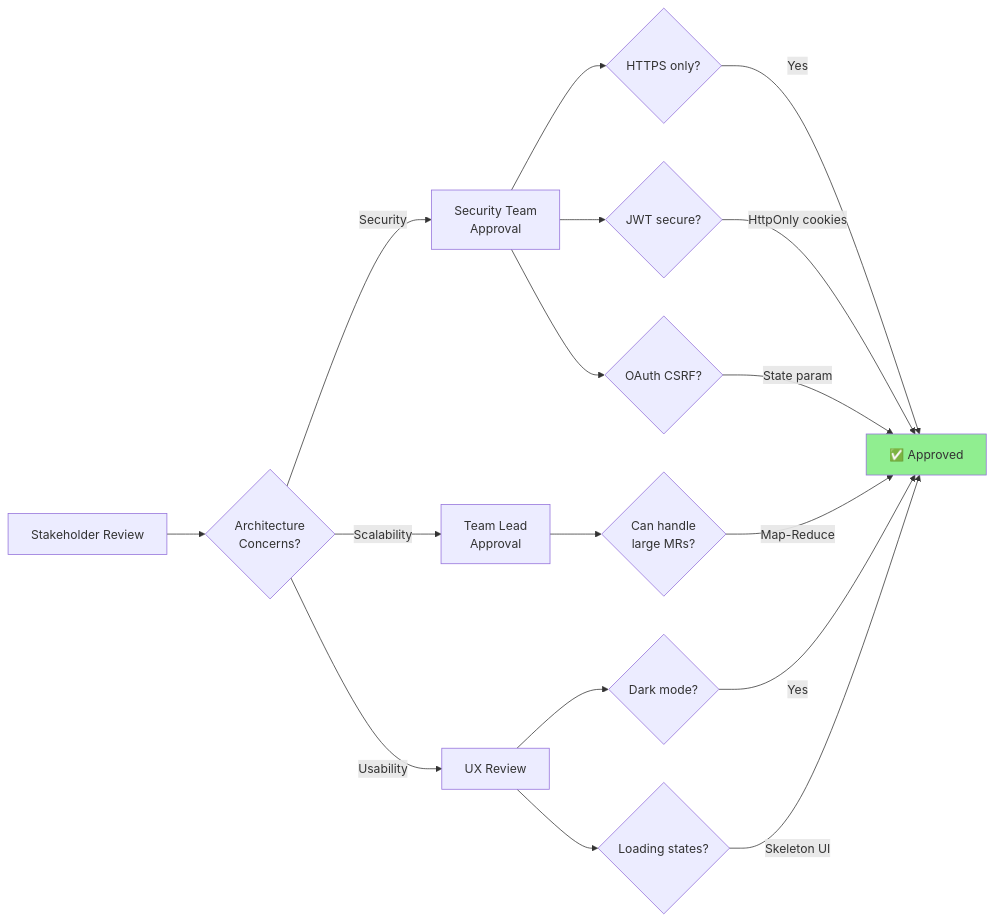
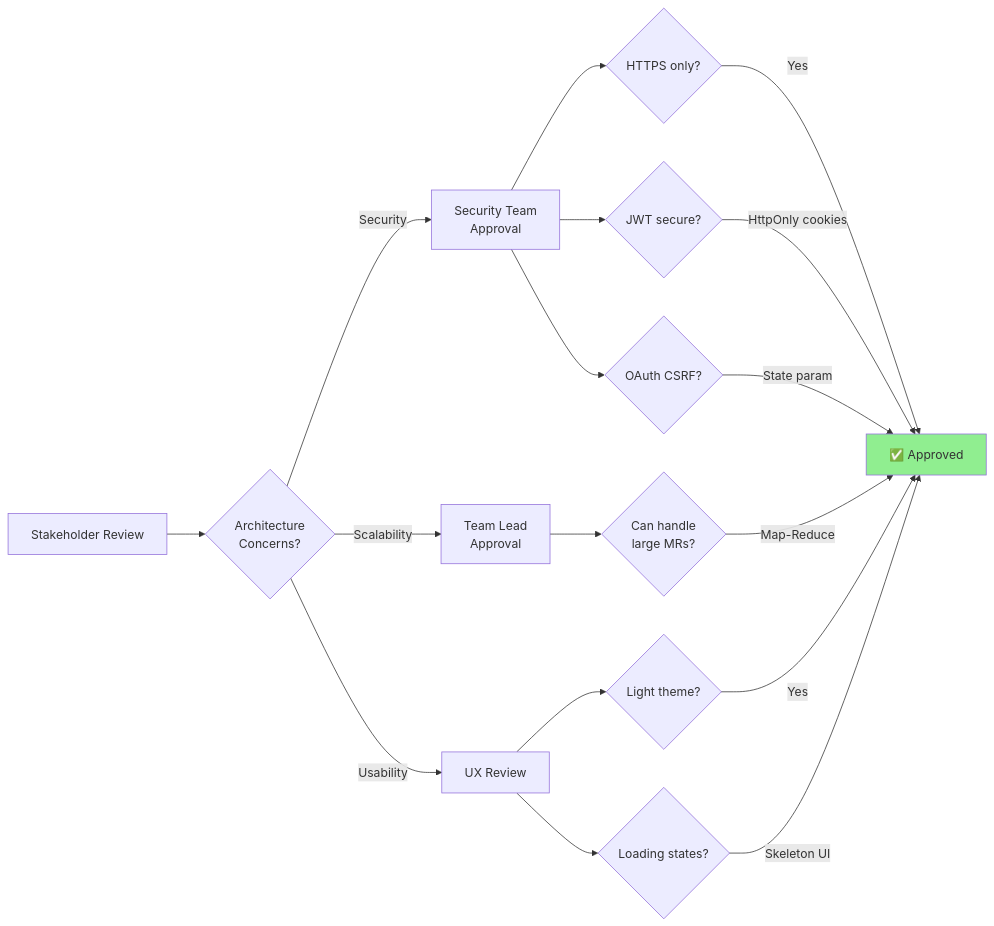
The third of 5 diagrams in STAKEHOLDER_VALIDATION.md (spken/delta), drawn with Mermaid before and after one commit. The commit also changed 6 other files, not shown here.

First line of the commit message:
docs: Update all documentation to reflect light theme refactor

````diff
--- a/STAKEHOLDER_VALIDATION.md
+++ b/STAKEHOLDER_VALIDATION.md
@@ -195,25 +195,25 @@
 ```mermaid
 graph LR
     A[Stakeholder Review] --> B{Architecture<br/>Concerns?}
     B -->|Security| C[Security Team<br/>Approval]
     B -->|Scalability| D[Team Lead<br/>Approval]
     B -->|Usability| E[UX Review]
 
     C --> F{HTTPS only?}
     C --> G{JWT secure?}
     C --> H{OAuth CSRF?}
 
     F -->|Yes| I[✅ Approved]
     G -->|HttpOnly cookies| I
     H -->|State param| I
 
     D --> J{Can handle<br/>large MRs?}
     J -->|Map-Reduce| I
 
-    E --> K{Dark mode?}
+    E --> K{Light theme?}
     E --> L{Loading states?}
     K -->|Yes| I
     L -->|Skeleton UI| I
 
     style I fill:#90EE90
 ```
````
